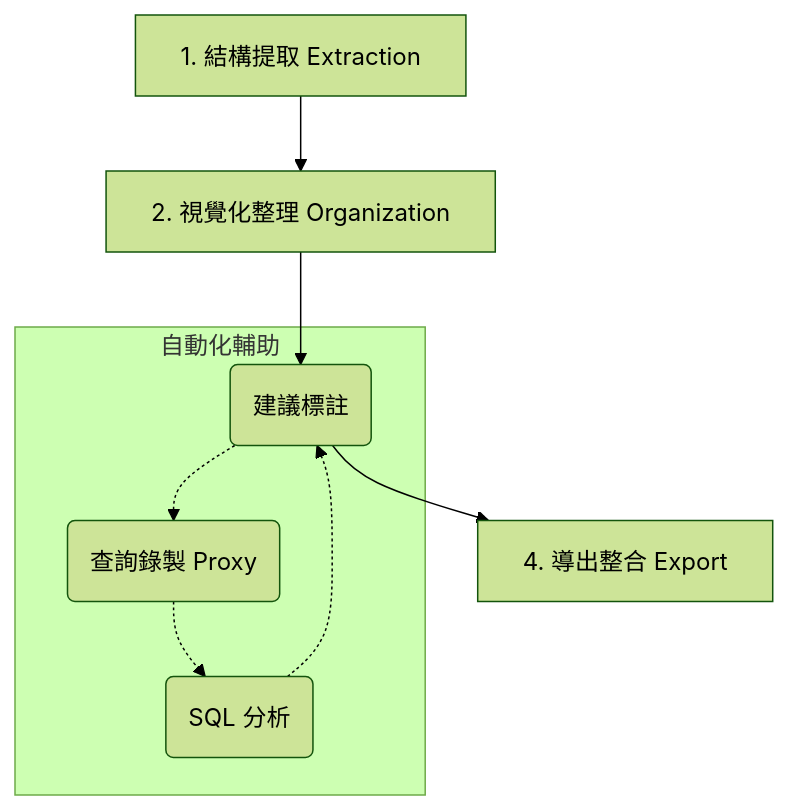
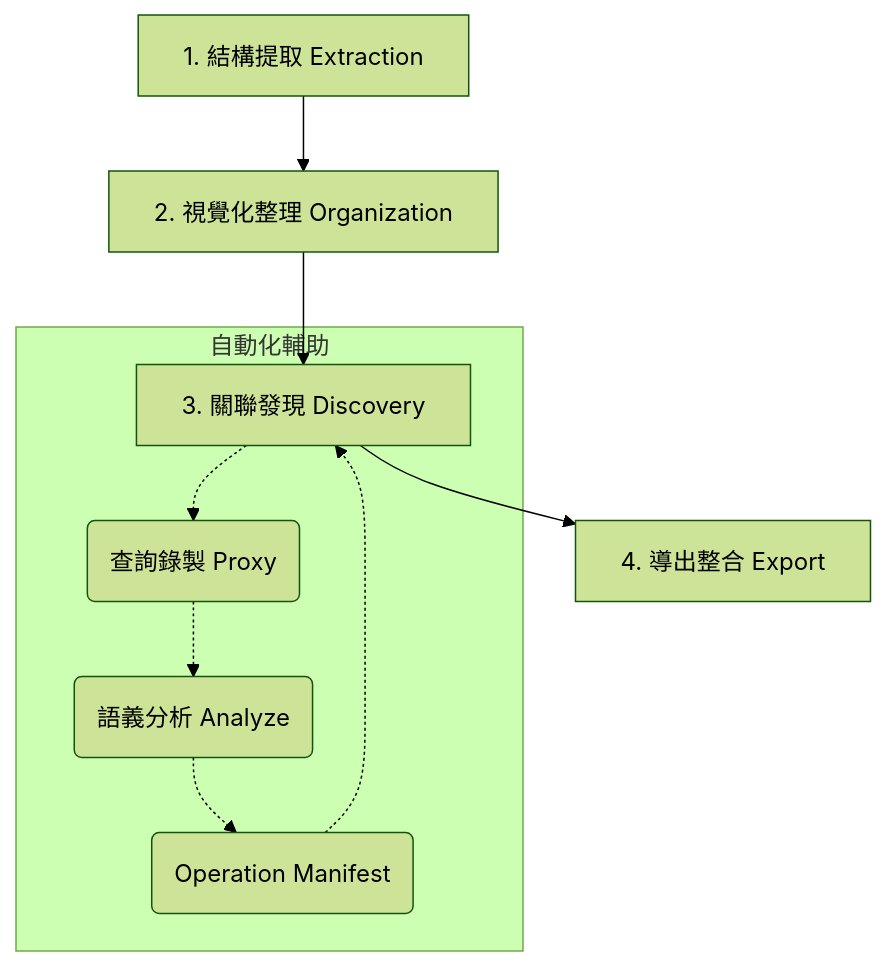
One commit to CarlLee1983/archivolt changed the diagram in docs/WORKFLOW.zh-TW.md. Above: the diagram before and after it, drawn with Mermaid (forest theme). The commit also changed other lines of this file and 9 other files, not shown here.

Commit message:
feat: [release] 發布 v0.3.0 — 新增 Operation Manifest 語義分析與工作流優化

````diff
--- a/docs/WORKFLOW.zh-TW.md
+++ b/docs/WORKFLOW.zh-TW.md
@@ -11,12 +11,13 @@
 ```mermaid
 graph TD
     A[1. 結構提取 Extraction] --> B[2. 視覺化整理 Organization]
     B --> C[3. 關聯發現 Discovery]
     C --> D[4. 導出整合 Export]
     
     subgraph "自動化輔助"
     C -.-> C1(查詢錄製 Proxy)
-    C1 -.-> C2(SQL 分析)
-    C2 -.-> C(建議標註)
+    C1 -.-> C2(語義分析 Analyze)
+    C2 -.-> C3(Operation Manifest)
+    C3 -.-> C
     end
 ```
````
